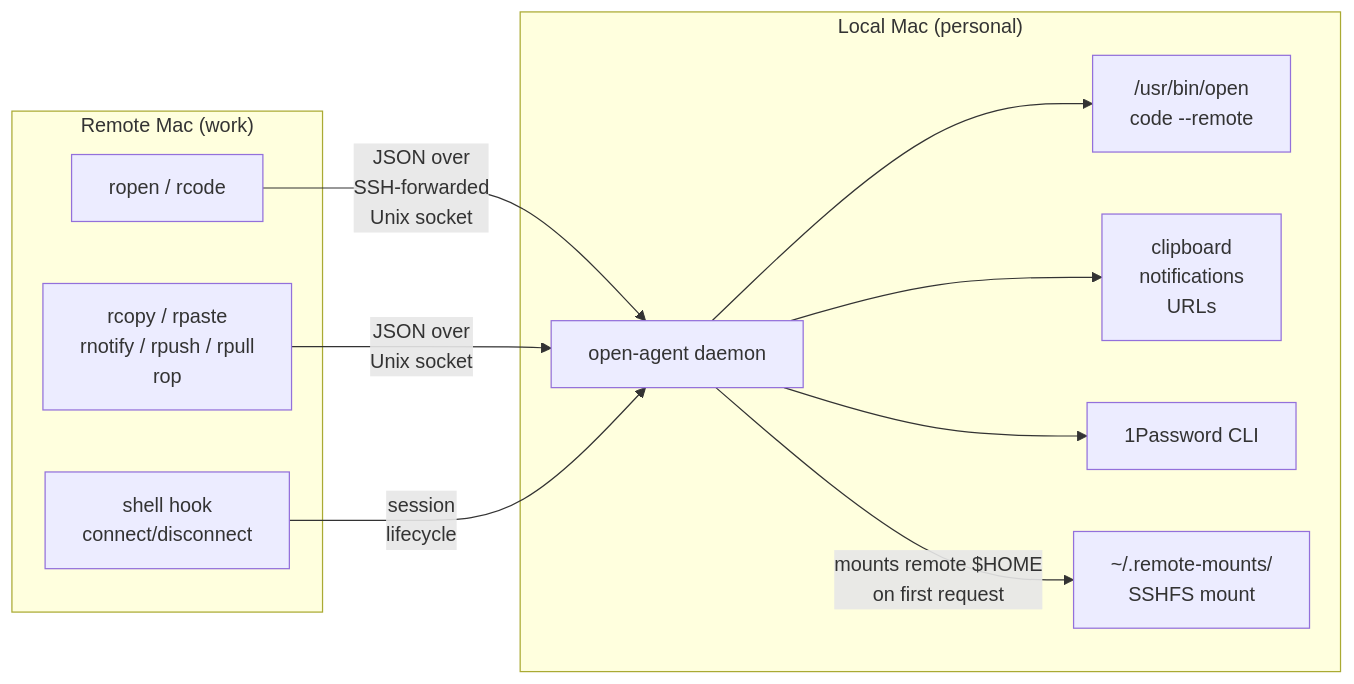
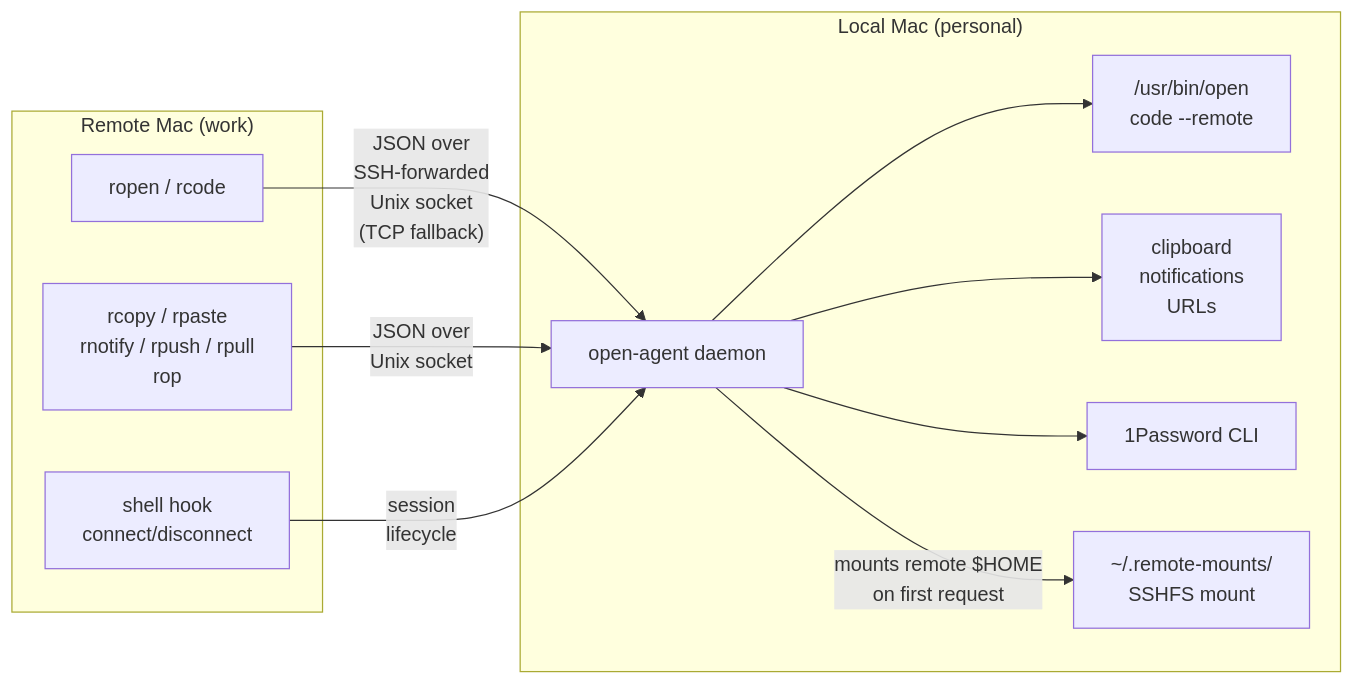
One commit to tlockney/open-agent changed the diagram in README.md. Above: the diagram before and after it, drawn with Mermaid. The commit also changed other lines of this file, not shown here.

````diff
--- a/README.md
+++ b/README.md
@@ -9,24 +9,24 @@
 ```mermaid
 flowchart LR
     subgraph remote["Remote Mac (work)"]
         ropen["ropen / rcode"]
         tools["rcopy / rpaste\nrnotify / rpush / rpull\nrop"]
         hook["shell hook\nconnect/disconnect"]
     end
 
     subgraph local["Local Mac (personal)"]
         agent["open-agent daemon"]
         open["/usr/bin/open\ncode --remote"]
         clip["clipboard\nnotifications\nURLs"]
         op["1Password CLI"]
         mount["~/.remote-mounts/\nSSHFS mount"]
     end
 
-    ropen -- "JSON over\nSSH-forwarded\nUnix socket" --> agent
+    ropen -- "JSON over\nSSH-forwarded\nUnix socket\n(TCP fallback)" --> agent
     tools -- "JSON over\nUnix socket" --> agent
     hook -- "session\nlifecycle" --> agent
     agent --> open
     agent --> clip
     agent --> op
     agent -- "mounts remote $HOME\non first request" --> mount
 ```
````
